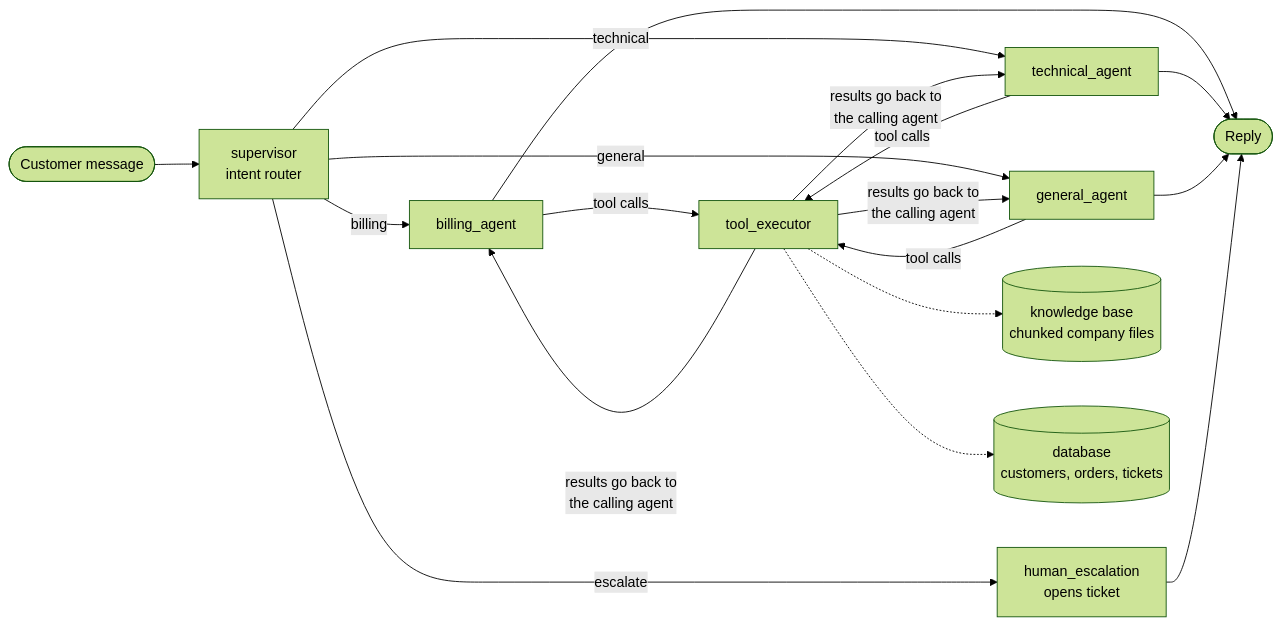
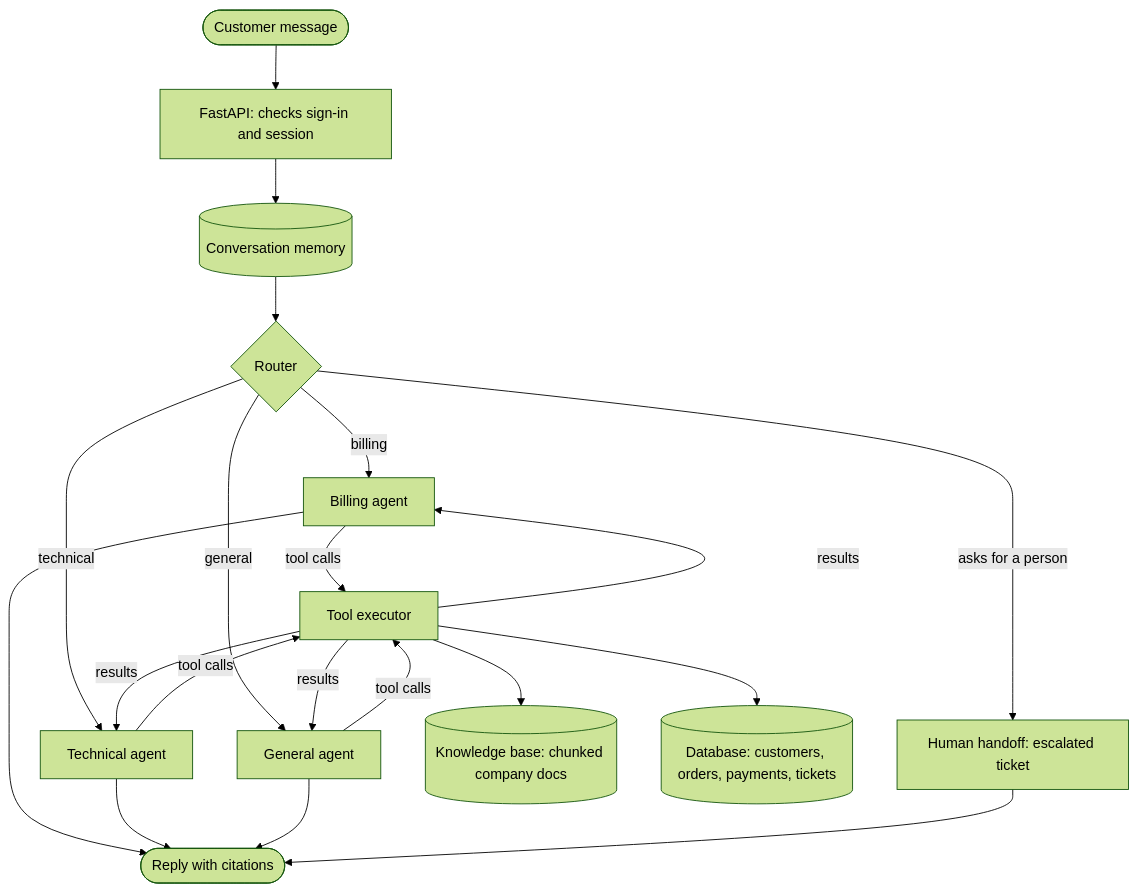
The diagram in README.md (MobiNomi/Multi-Agent-Customer-Support), drawn with Mermaid (forest theme) before and after one commit. The commit also changed other lines of this file and 28 other files, not shown here.

Commit message:
Customer sign-in and sign-up: hashed passwords, session tokens, lockout, sign-up limits

````diff
--- a/README.md
+++ b/README.md
@@ -5,14 +68,16 @@
 ```mermaid
-flowchart LR
-    U([Customer message]) --> S[supervisor<br/>intent router]
-    S -->|billing| B[billing_agent]
-    S -->|technical| T[technical_agent]
-    S -->|general| G[general_agent]
-    S -->|escalate| H[human_escalation<br/>opens ticket]
-    B & T & G -->|tool calls| X[tool_executor]
-    X -->|results go back to<br/>the calling agent| B & T & G
-    X -.-> K[(knowledge base<br/>chunked company files)]
-    X -.-> D[(database<br/>customers, orders, tickets)]
-    B & T & G --> E([Reply])
-    H --> E
+flowchart TD
+    U([Customer message]) --> API[FastAPI: checks sign-in and session]
+    API --> M[(Conversation memory)]
+    M --> R{Router}
+    R -->|billing| B[Billing agent]
+    R -->|technical| T[Technical agent]
+    R -->|general| G[General agent]
+    R -->|asks for a person| H[Human handoff: escalated ticket]
+    B & T & G -->|tool calls| X[Tool executor]
+    X --> KB[(Knowledge base: chunked company docs)]
+    X --> DB[(Database: customers, orders, payments, tickets)]
+    X -->|results| B & T & G
+    B & T & G --> Reply([Reply with citations])
+    H --> Reply
 ```
````
